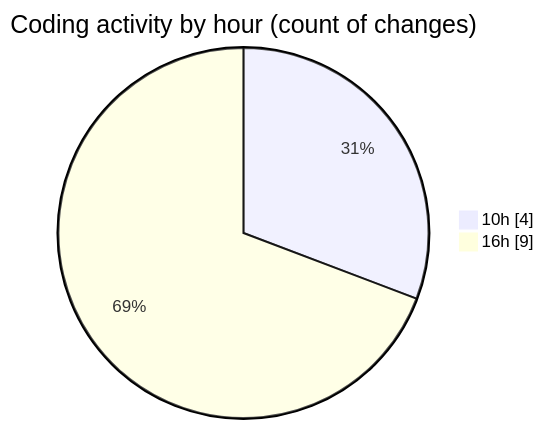
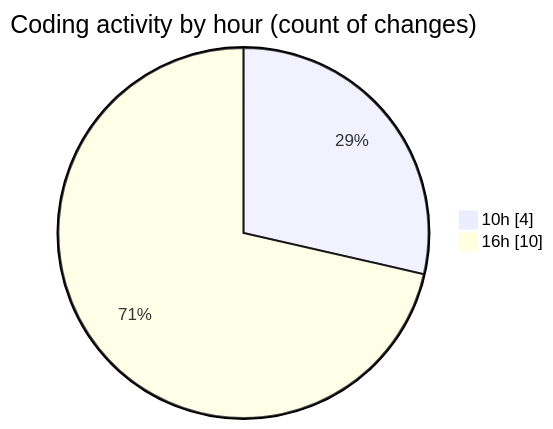
One commit to vahidmafi/code-tracking changed the second of 2 diagrams in 2025-04-17/horizon/README.md. Above: the diagram before and after it, drawn with Mermaid. The commit also changed other lines of this file and 1 other file, not shown here.

````diff
--- a/2025-04-17/horizon/README.md
+++ b/2025-04-17/horizon/README.md
@@ -29,6 +29,6 @@
 ```mermaid
 pie showData
 title Coding activity by hour (count of changes)
 "10h" : 4
-"16h" : 9
+"16h" : 10
 ```
````
